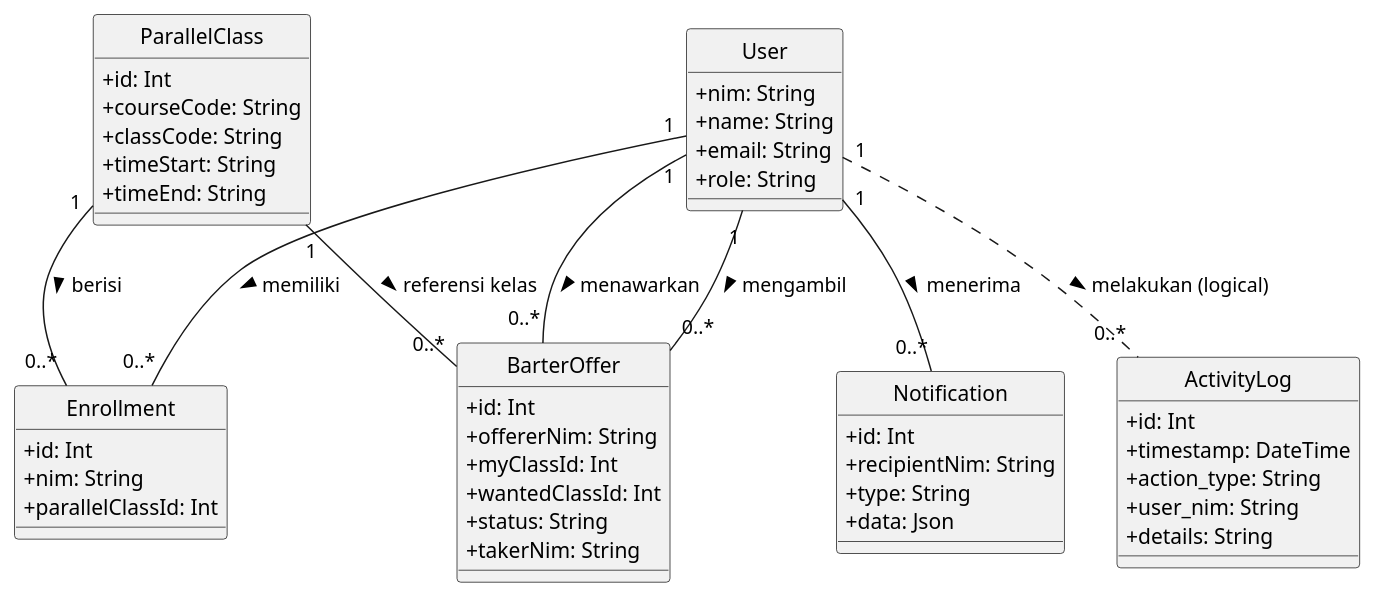
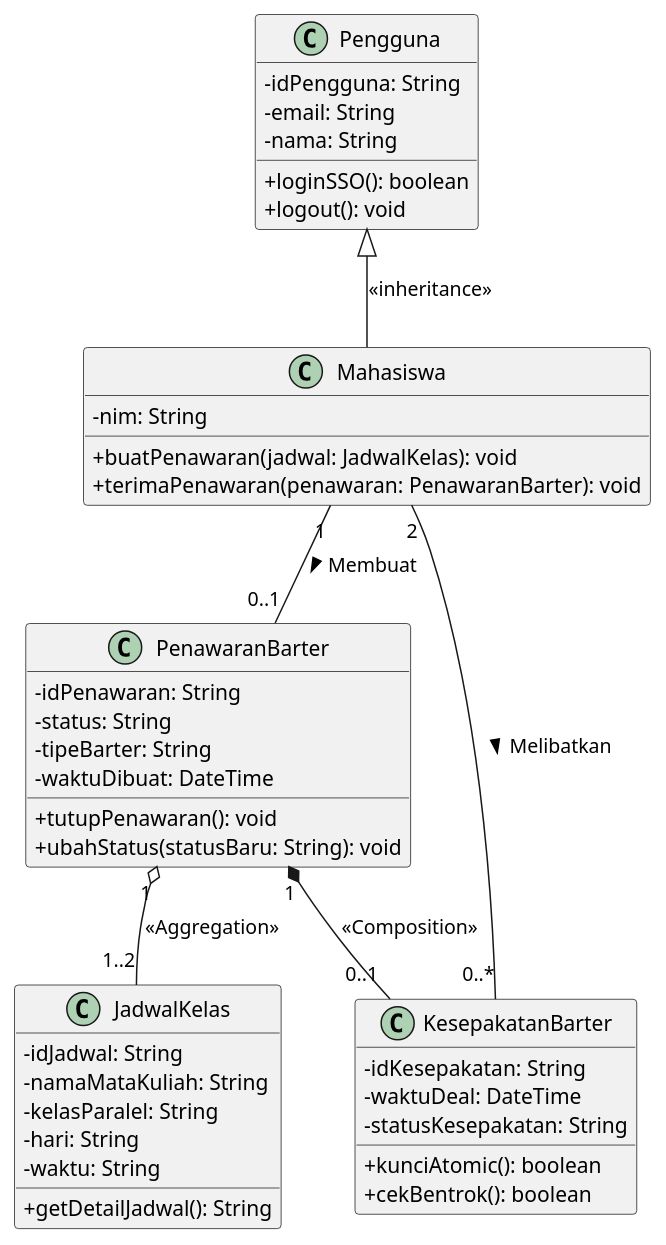
The second of 4 diagrams in laporan_akhir_bab_3_barter.md (gimigkk/KRSwitch-backend), drawn with PlantUML before and after one commit. The commit also changed other lines of this file, not shown here.

````diff
--- a/laporan_akhir_bab_3_barter.md
+++ b/laporan_akhir_bab_3_barter.md
@@ -79,60 +79,51 @@
 ```plantuml
 @startuml
 skinparam classAttributeIconSize 0
-hide circle
 
-class User {
-  + nim: String
-  + name: String
-  + email: String
-  + role: String
+class Pengguna {
+  - idPengguna: String
+  - email: String
+  - nama: String
+  + loginSSO(): boolean
+  + logout(): void
 }
 
-class ParallelClass {
-  + id: Int
-  + courseCode: String
-  + classCode: String
-  + timeStart: String
-  + timeEnd: String
+class Mahasiswa {
+  - nim: String
+  + buatPenawaran(jadwal: JadwalKelas): void
+  + terimaPenawaran(penawaran: PenawaranBarter): void
 }
 
-class Enrollment {
-  + id: Int
-  + nim: String
-  + parallelClassId: Int
+class PenawaranBarter {
+  - idPenawaran: String
+  - status: String
+  - tipeBarter: String
+  - waktuDibuat: DateTime
+  + tutupPenawaran(): void
+  + ubahStatus(statusBaru: String): void
 }
 
-class BarterOffer {
-  + id: Int
-  + offererNim: String
-  + myClassId: Int
-  + wantedClassId: Int
-  + status: String
-  + takerNim: String
+class JadwalKelas {
+  - idJadwal: String
+  - namaMataKuliah: String
+  - kelasParalel: String
+  - hari: String
+  - waktu: String
+  + getDetailJadwal(): String
 }
 
-class Notification {
-  + id: Int
-  + recipientNim: String
-  + type: String
-  + data: Json
+class KesepakatanBarter {
+  - idKesepakatan: String
+  - waktuDeal: DateTime
+  - statusKesepakatan: String
+  + kunciAtomic(): boolean
+  + cekBentrok(): boolean
 }
 
-class ActivityLog {
-  + id: Int
-  + timestamp: DateTime
-  + action_type: String
-  + user_nim: String
-  + details: String
-}
-
-User "1" -- "0..*" Enrollment : memiliki >
-User "1" -- "0..*" BarterOffer : menawarkan >
-User "1" -- "0..*" BarterOffer : mengambil >
-User "1" -- "0..*" Notification : menerima >
-User "1" .. "0..*" ActivityLog : melakukan (logical) >
-
-ParallelClass "1" -- "0..*" Enrollment : berisi >
-ParallelClass "1" -- "0..*" BarterOffer : referensi kelas >
+Pengguna <|-- Mahasiswa : <<inheritance>>
+Mahasiswa "1" -- "0..1" PenawaranBarter : Membuat >
+Mahasiswa "2" -- "0..*" KesepakatanBarter : Melibatkan >
+PenawaranBarter "1" o-- "1..2" JadwalKelas : <<Aggregation>>
+PenawaranBarter "1" *-- "0..1" KesepakatanBarter : <<Composition>>
 @enduml
 ```
````
